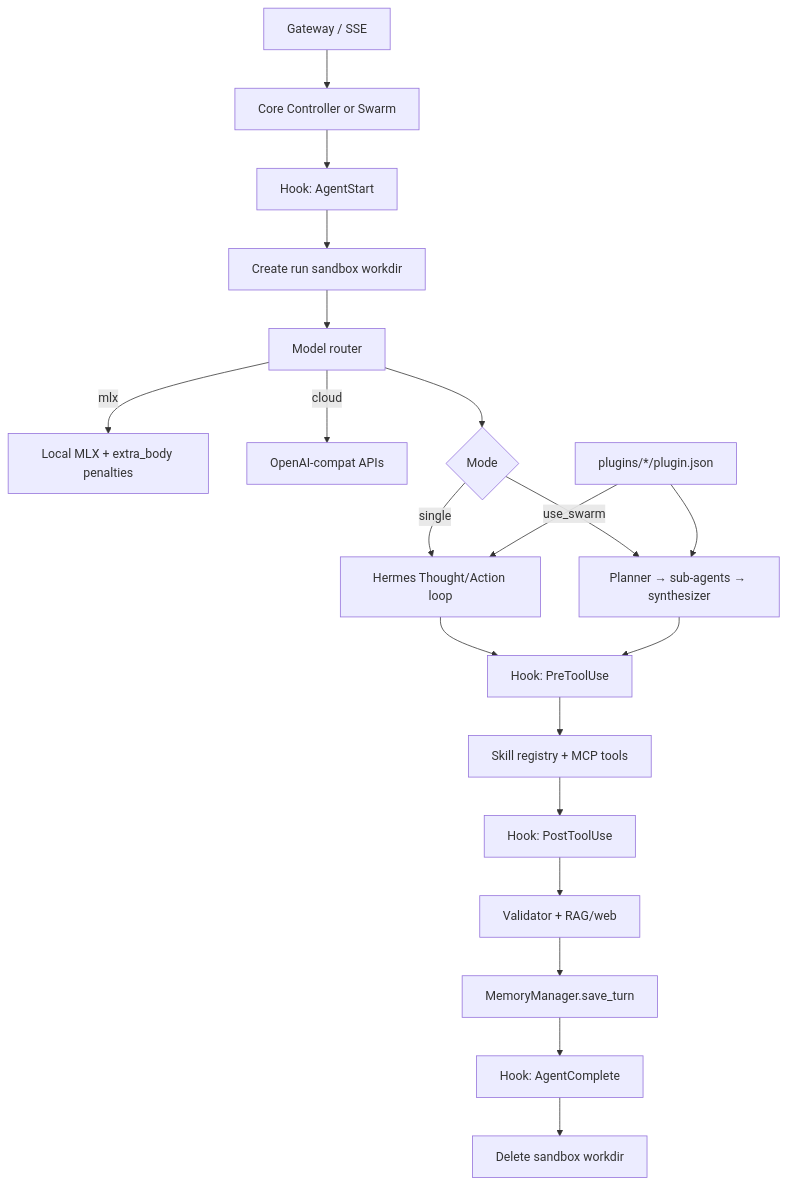
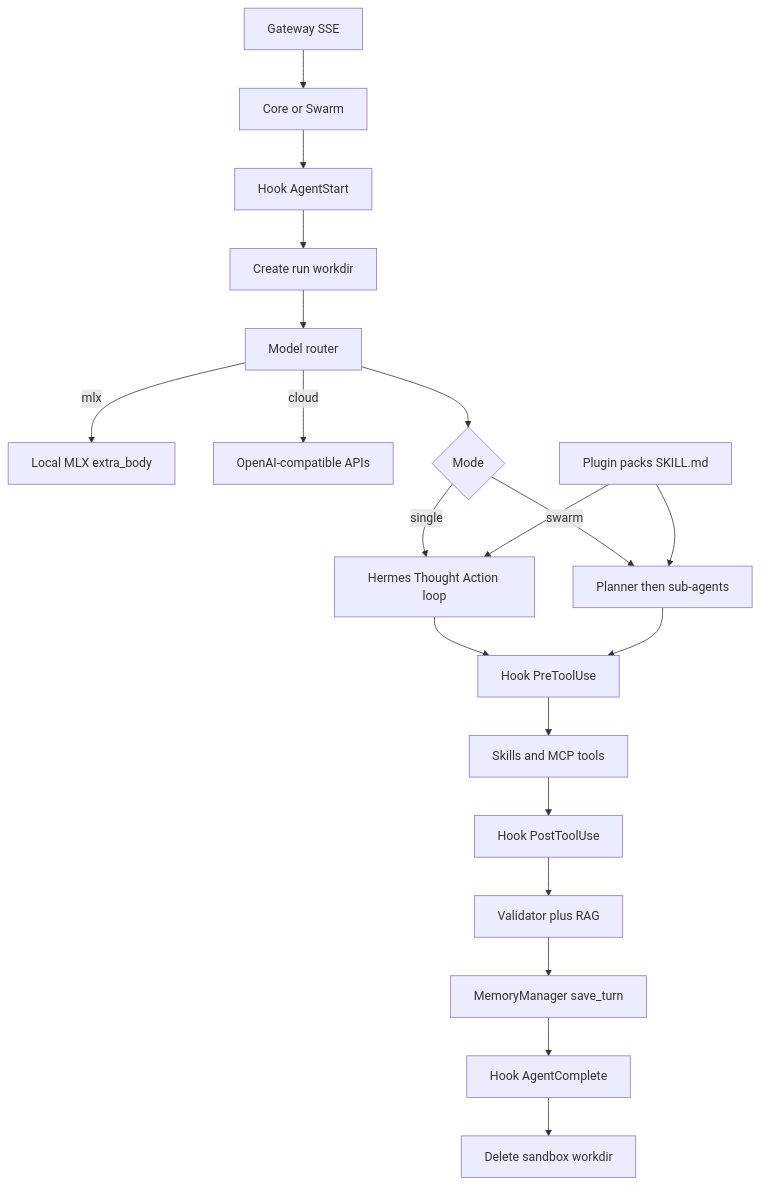
The third of 10 diagrams in docs/ARCHITECTURE.md (zxspring21/localAIAgent), drawn with Mermaid before and after one commit. The commit also changed other lines of this file and 10 other files, not shown here.

````diff
--- a/docs/ARCHITECTURE.md
+++ b/docs/ARCHITECTURE.md
@@ -134,22 +131,22 @@
 ```mermaid
 flowchart TB
-  Gateway["Gateway / SSE"] --> Orchestrator["Core Controller or Swarm"]
-  Orchestrator --> Start["Hook: AgentStart"]
-  Start --> Sandbox["Create run sandbox workdir"]
+  Gateway["Gateway SSE"] --> Orchestrator["Core or Swarm"]
+  Orchestrator --> Start["Hook AgentStart"]
+  Start --> Sandbox["Create run workdir"]
   Sandbox --> Router["Model router"]
-  Router -->|"mlx"| MLX["Local MLX + extra_body penalties"]
-  Router -->|"cloud"| Cloud["OpenAI-compat APIs"]
+  Router -->|"mlx"| MLX["Local MLX extra_body"]
+  Router -->|"cloud"| Cloud["OpenAI-compatible APIs"]
   Router --> Loop{"Mode"}
-  Loop -->|"single"| Hermes["Hermes Thought/Action loop"]
-  Loop -->|"use_swarm"| Swarm["Planner → sub-agents → synthesizer"]
-  PluginReg["plugins/*/plugin.json"] --> Hermes
+  Loop -->|"single"| Hermes["Hermes Thought Action loop"]
+  Loop -->|"swarm"| Swarm["Planner then sub-agents"]
+  PluginReg["Plugin packs SKILL.md"] --> Hermes
   PluginReg --> Swarm
-  Hermes --> Pre["Hook: PreToolUse"]
+  Hermes --> Pre["Hook PreToolUse"]
   Swarm --> Pre
-  Pre --> Skills["Skill registry + MCP tools"]
-  Skills --> Post["Hook: PostToolUse"]
-  Post --> Verifier["Validator + RAG/web"]
-  Verifier --> MemWrite["MemoryManager.save_turn"]
-  MemWrite --> End["Hook: AgentComplete"]
+  Pre --> Skills["Skills and MCP tools"]
+  Skills --> Post["Hook PostToolUse"]
+  Post --> Verifier["Validator plus RAG"]
+  Verifier --> MemWrite["MemoryManager save_turn"]
+  MemWrite --> End["Hook AgentComplete"]
   End --> Teardown["Delete sandbox workdir"]
 ```
````
